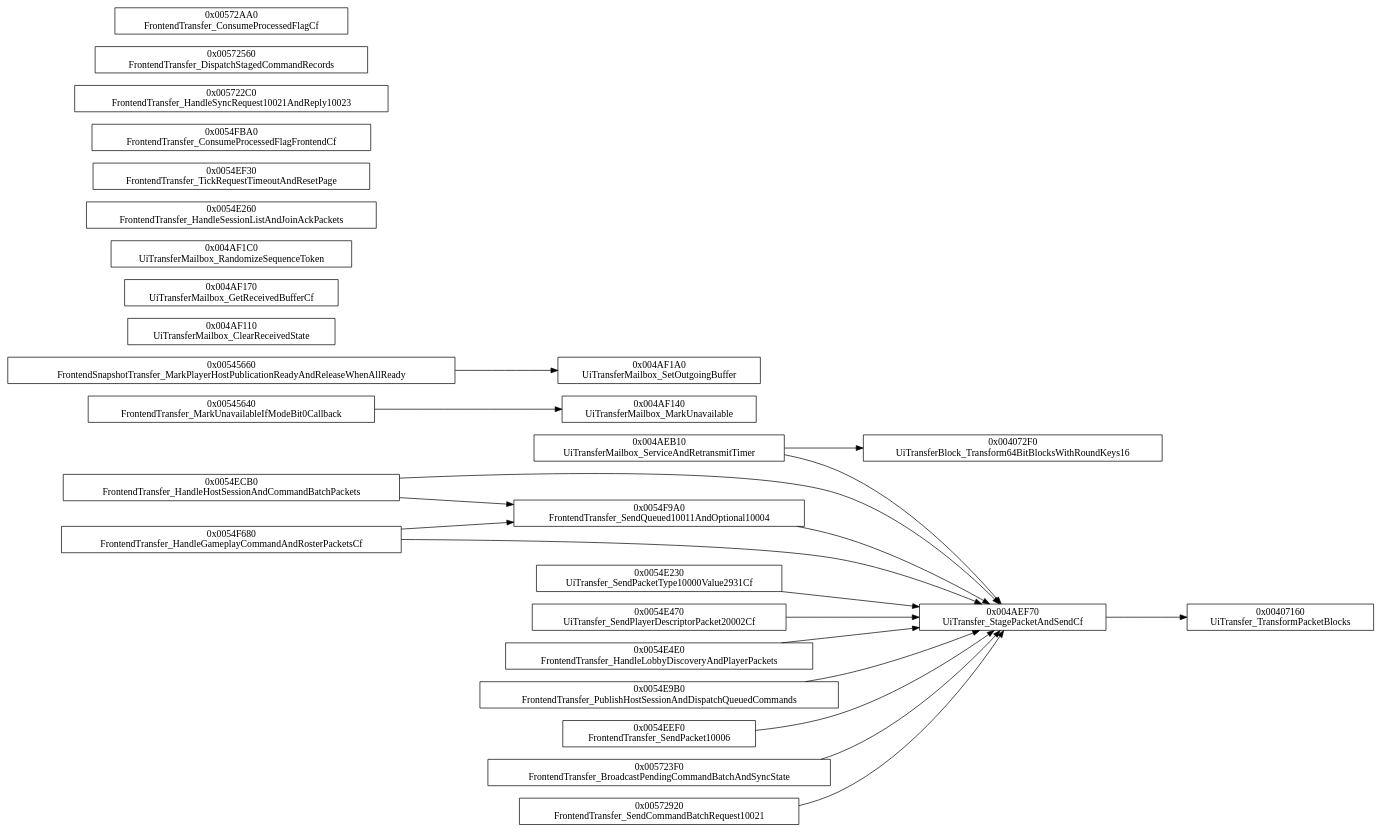
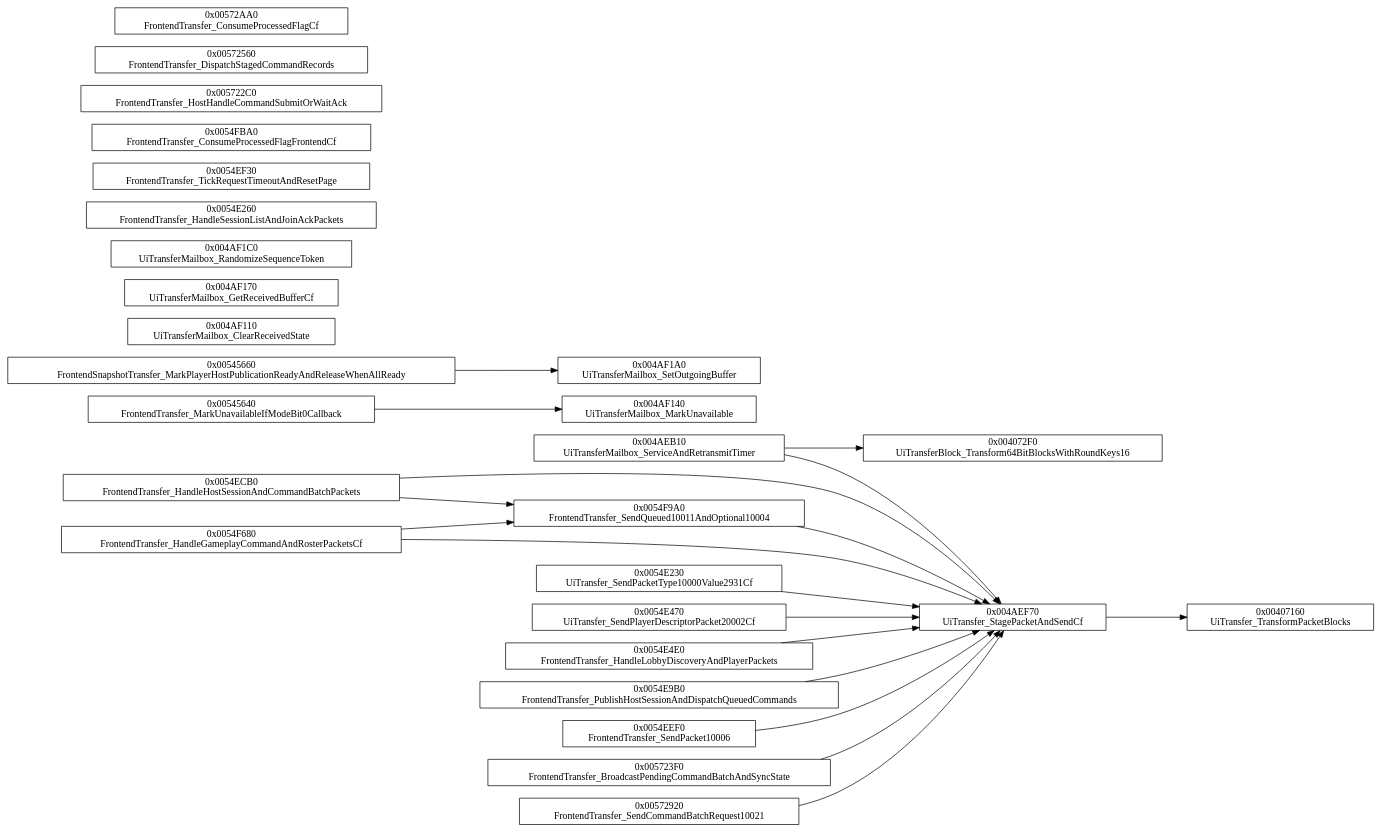
One commit to idkFoxes/open-thandor changed the diagram in docs/callgraphs/network/protocol/transfer.dot. Above: the diagram before and after it, drawn with Graphviz. The commit also changed 26 other files, not shown here.

```diff
--- a/docs/callgraphs/network/protocol/transfer.dot
+++ b/docs/callgraphs/network/protocol/transfer.dot
@@ -1,48 +1,48 @@
 digraph thandor {
   rankdir=LR;
   node [shape=box];
   "UiTransferMailbox_ServiceAndRetransmitTimer" [label="0x004AEB10\nUiTransferMailbox_ServiceAndRetransmitTimer"];
   "FrontendTransfer_HandleHostSessionAndCommandBatchPackets" [label="0x0054ECB0\nFrontendTransfer_HandleHostSessionAndCommandBatchPackets"];
   "FrontendTransfer_HandleGameplayCommandAndRosterPackets" [label="0x0054F680\nFrontendTransfer_HandleGameplayCommandAndRosterPacketsCf"];
   "FrontendTransfer_MarkUnavailableIfModeBit0Callback" [label="0x00545640\nFrontendTransfer_MarkUnavailableIfModeBit0Callback"];
   "FrontendSnapshotTransfer_MarkPlayerHostPublicationReadyAndReleaseWhenAllReady" [label="0x00545660\nFrontendSnapshotTransfer_MarkPlayerHostPublicationReadyAndReleaseWhenAllReady"];
   "UiTransfer_SendPacketType10000Value2931" [label="0x0054E230\nUiTransfer_SendPacketType10000Value2931Cf"];
   "UiTransfer_SendPlayerDescriptorPacket20002" [label="0x0054E470\nUiTransfer_SendPlayerDescriptorPacket20002Cf"];
   "FrontendTransfer_HandleLobbyDiscoveryAndPlayerPackets" [label="0x0054E4E0\nFrontendTransfer_HandleLobbyDiscoveryAndPlayerPackets"];
   "FrontendTransfer_PublishHostSessionAndDispatchQueuedCommands" [label="0x0054E9B0\nFrontendTransfer_PublishHostSessionAndDispatchQueuedCommands"];
   "FrontendTransfer_SendPacket10006" [label="0x0054EEF0\nFrontendTransfer_SendPacket10006"];
   "FrontendTransfer_BroadcastPendingCommandBatchAndSyncState" [label="0x005723F0\nFrontendTransfer_BroadcastPendingCommandBatchAndSyncState"];
   "FrontendTransfer_SendCommandBatchRequest10021" [label="0x00572920\nFrontendTransfer_SendCommandBatchRequest10021"];
   "UiTransferMailbox_ClearReceivedState" [label="0x004AF110\nUiTransferMailbox_ClearReceivedState"];
   "UiTransferMailbox_GetReceivedBuffer" [label="0x004AF170\nUiTransferMailbox_GetReceivedBufferCf"];
   "UiTransferMailbox_RandomizeSequenceToken" [label="0x004AF1C0\nUiTransferMailbox_RandomizeSequenceToken"];
   "FrontendTransfer_HandleSessionListAndJoinAckPackets" [label="0x0054E260\nFrontendTransfer_HandleSessionListAndJoinAckPackets"];
   "FrontendTransfer_TickRequestTimeoutAndResetPage" [label="0x0054EF30\nFrontendTransfer_TickRequestTimeoutAndResetPage"];
   "FrontendTransfer_ConsumeProcessedFlagFrontend" [label="0x0054FBA0\nFrontendTransfer_ConsumeProcessedFlagFrontendCf"];
-  "FrontendTransfer_HandleSyncRequest10021AndReply10023" [label="0x005722C0\nFrontendTransfer_HandleSyncRequest10021AndReply10023"];
+  "FrontendTransfer_HostHandleCommandSubmitOrWaitAck" [label="0x005722C0\nFrontendTransfer_HostHandleCommandSubmitOrWaitAck"];
   "FrontendTransfer_DispatchStagedCommandRecords" [label="0x00572560\nFrontendTransfer_DispatchStagedCommandRecords"];
   "FrontendTransfer_ConsumeProcessedFlag" [label="0x00572AA0\nFrontendTransfer_ConsumeProcessedFlagCf"];
   "UiTransfer_TransformPacketBlocks" [label="0x00407160\nUiTransfer_TransformPacketBlocks"];
   "UiTransferBlock_Transform64BitBlocksWithRoundKeys16" [label="0x004072F0\nUiTransferBlock_Transform64BitBlocksWithRoundKeys16"];
   "UiTransferMailbox_MarkUnavailable" [label="0x004AF140\nUiTransferMailbox_MarkUnavailable"];
   "UiTransferMailbox_SetOutgoingBuffer" [label="0x004AF1A0\nUiTransferMailbox_SetOutgoingBuffer"];
   "FrontendTransfer_SendQueued10011AndOptional10004" [label="0x0054F9A0\nFrontendTransfer_SendQueued10011AndOptional10004"];
   "UiTransfer_StagePacketAndSend" [label="0x004AEF70\nUiTransfer_StagePacketAndSendCf"];
   "UiTransferMailbox_ServiceAndRetransmitTimer" -> "UiTransferBlock_Transform64BitBlocksWithRoundKeys16";
   "UiTransferMailbox_ServiceAndRetransmitTimer" -> "UiTransfer_StagePacketAndSend";
   "FrontendTransfer_HandleHostSessionAndCommandBatchPackets" -> "FrontendTransfer_SendQueued10011AndOptional10004";
   "FrontendTransfer_HandleHostSessionAndCommandBatchPackets" -> "UiTransfer_StagePacketAndSend";
   "FrontendTransfer_HandleGameplayCommandAndRosterPackets" -> "UiTransfer_StagePacketAndSend";
   "FrontendTransfer_HandleGameplayCommandAndRosterPackets" -> "FrontendTransfer_SendQueued10011AndOptional10004";
   "FrontendTransfer_MarkUnavailableIfModeBit0Callback" -> "UiTransferMailbox_MarkUnavailable";
   "FrontendSnapshotTransfer_MarkPlayerHostPublicationReadyAndReleaseWhenAllReady" -> "UiTransferMailbox_SetOutgoingBuffer";
   "UiTransfer_SendPacketType10000Value2931" -> "UiTransfer_StagePacketAndSend";
   "UiTransfer_SendPlayerDescriptorPacket20002" -> "UiTransfer_StagePacketAndSend";
   "FrontendTransfer_HandleLobbyDiscoveryAndPlayerPackets" -> "UiTransfer_StagePacketAndSend";
   "FrontendTransfer_PublishHostSessionAndDispatchQueuedCommands" -> "UiTransfer_StagePacketAndSend";
   "FrontendTransfer_SendPacket10006" -> "UiTransfer_StagePacketAndSend";
   "FrontendTransfer_BroadcastPendingCommandBatchAndSyncState" -> "UiTransfer_StagePacketAndSend";
   "FrontendTransfer_SendCommandBatchRequest10021" -> "UiTransfer_StagePacketAndSend";
   "FrontendTransfer_SendQueued10011AndOptional10004" -> "UiTransfer_StagePacketAndSend";
   "UiTransfer_StagePacketAndSend" -> "UiTransfer_TransformPacketBlocks";
 }
```
